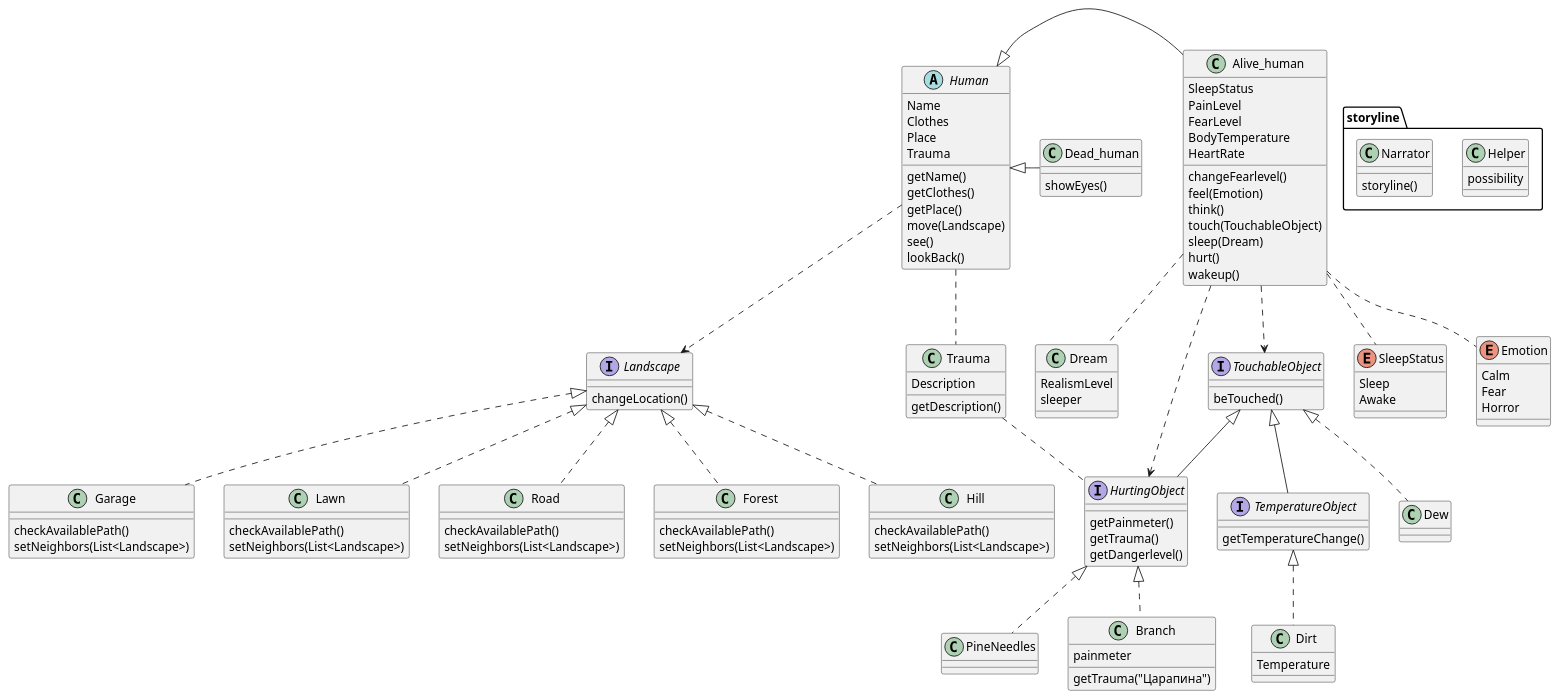
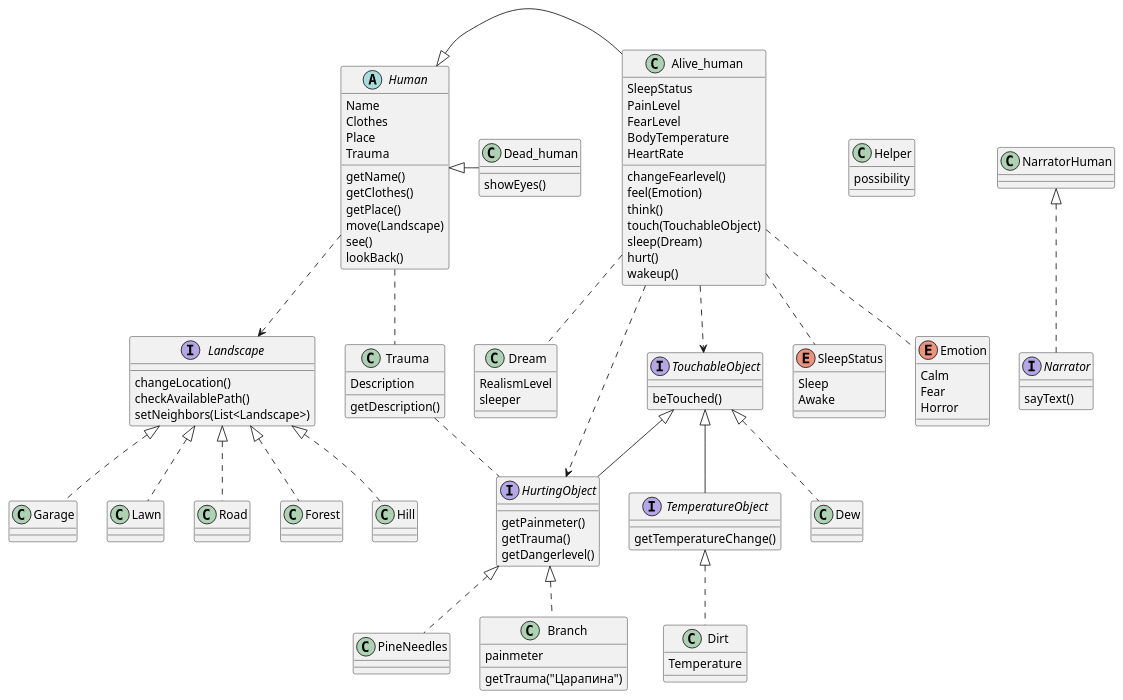
The diagram in src/Projeect_v2.puml (Egorcheek/ANOTHER-LAB-3), drawn with PlantUML before and after one commit. The commit also changed 4 other files, not shown here.

```diff
--- a/src/Projeect_v2.puml
+++ b/src/Projeect_v2.puml
@@ -1,144 +1,132 @@
 @startuml
 'https://plantuml.com/class-diagram
 
 class Dead_human {
 
 
 showEyes()
 
 }
 class Dream{
 RealismLevel
 sleeper
 }
 
 abstract class Human {
 Name
 Clothes
 Place
 Trauma
 
 getName()
 getClothes()
 getPlace()
 move(Landscape)
 see()
 lookBack()
 }
 
 class Trauma{
    Description
    getDescription()
 }
 
-class storyline.Helper{
+class Helper{
 possibility
 }
 
 Human <|- Alive_human
 Human <|- Dead_human
 
 
 Alive_human .. Dream
 Alive_human ..> TouchableObject
 Alive_human ..> HurtingObject
 TouchableObject <|-- HurtingObject
 TouchableObject <|-- TemperatureObject
 
 Human ..> Landscape
 
 TouchableObject <|.. Dew
 TemperatureObject <|.. Dirt
 HurtingObject <|.. PineNeedles
 HurtingObject <|.. Branch
 Landscape <|.. Garage
 Landscape <|.. Lawn
 Landscape <|.. Road
 Landscape <|.. Forest
 Landscape <|.. Hill
 Alive_human .. SleepStatus
 Alive_human .. Emotion
 Human .. Trauma
 Trauma .. HurtingObject
 
 class Alive_human {
 SleepStatus
 PainLevel
 FearLevel
 BodyTemperature
 HeartRate
 
 changeFearlevel()
 feel(Emotion)
 think()
 touch(TouchableObject)
 sleep(Dream)
 hurt()
 wakeup()
 }
+interface Narrator{
+sayText()
+}
 
-class storyline.Narrator{
-storyline()
+NarratorHuman <|.. Narrator
+
+class NarratorHuman{
+
 }
 
 
 interface TouchableObject {
 beTouched()
 }
 
 interface TemperatureObject{
 getTemperatureChange()
 }
 
 interface HurtingObject {
 getPainmeter()
 getTrauma()
 getDangerlevel()
 }
 class Branch{
 painmeter
 getTrauma("Царапина")
 }
 
 interface Landscape {
 changeLocation()
+checkAvailablePath()
+setNeighbors(List<Landscape>)
 }
 
 enum SleepStatus {
 Sleep
 Awake
 }
 
 enum Emotion {
 Calm
 Fear
 Horror
 }
 
 class Dirt {
 Temperature
 }
 
-class Garage {
-checkAvailablePath()
-setNeighbors(List<Landscape>)
-}
-class Lawn {
-checkAvailablePath()
-setNeighbors(List<Landscape>)
-}
-class Road {
-checkAvailablePath()
-setNeighbors(List<Landscape>)
-}
-class Forest {
-checkAvailablePath()
-setNeighbors(List<Landscape>)
-}
-class Hill {
-checkAvailablePath()
-setNeighbors(List<Landscape>)
-}
+
 
 
 @enduml
```
